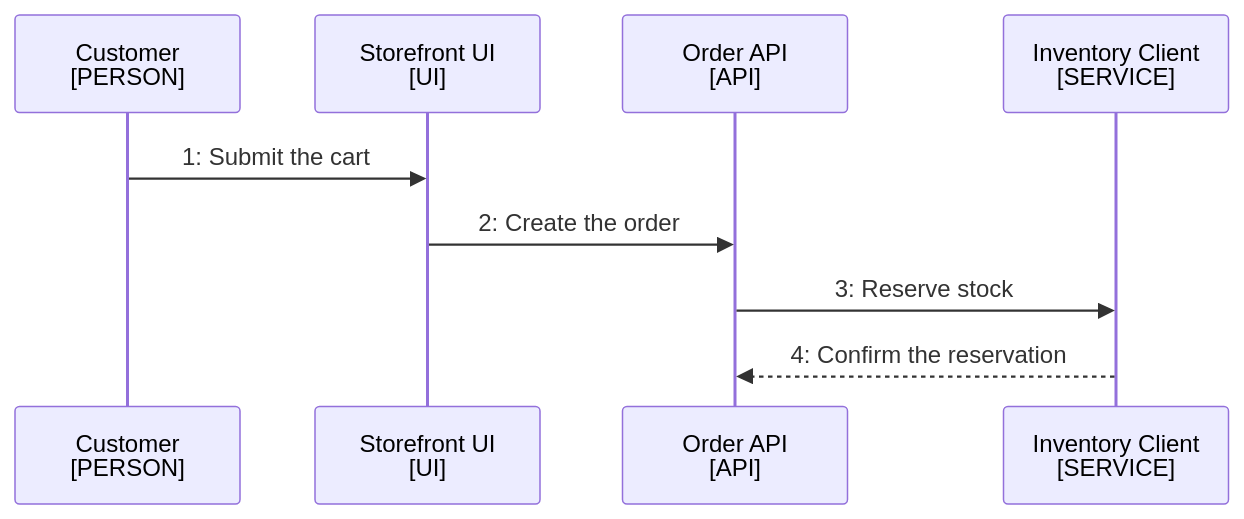
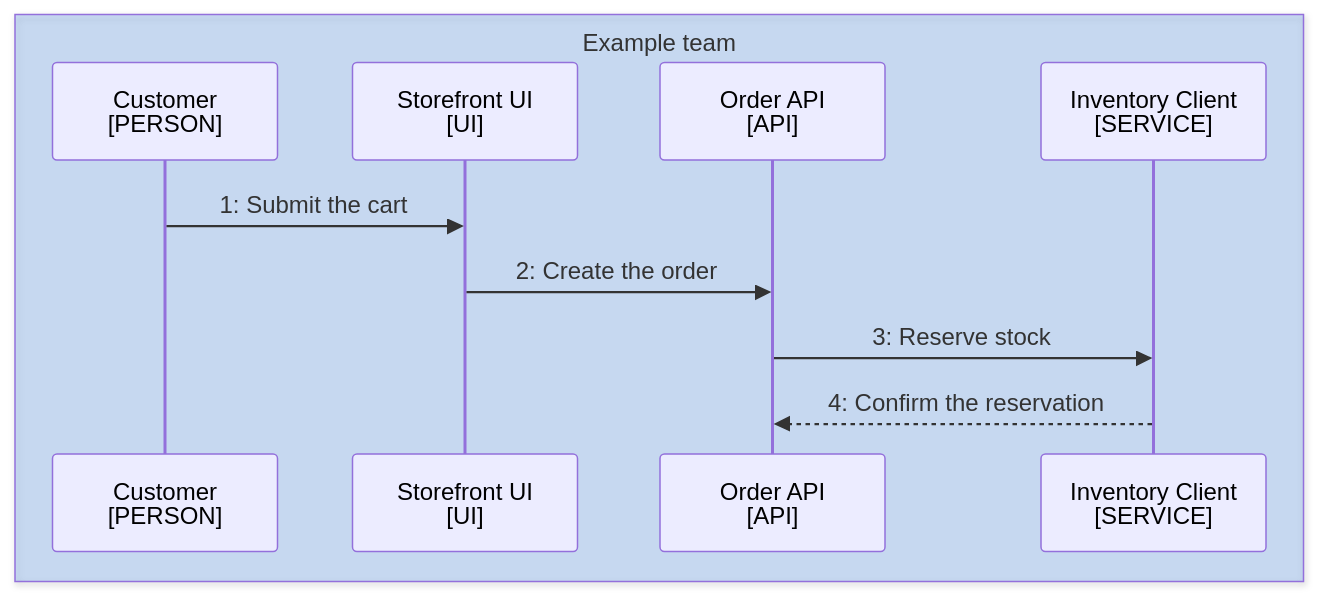
One commit to choonchernlim/skills changed the diagram in skills/docsmith/scripts/fixtures/good/docs/runtime-flows.md. Above: the diagram before and after it, drawn with Mermaid. The commit also changed 47 other files, not shown here.

First line of the commit message:
feat(docsmith): require owner colors, sequence owner bands, and docs domain folders

````diff
--- a/skills/docsmith/scripts/fixtures/good/docs/runtime-flows.md
+++ b/skills/docsmith/scripts/fixtures/good/docs/runtime-flows.md
@@ -14,12 +14,14 @@
 ```mermaid
 sequenceDiagram
-  participant Customer as Customer<br/>[PERSON]
-  participant Browser as Storefront UI<br/>[UI]
-  participant Route as Order API<br/>[API]
-  participant Inventory as Inventory Client<br/>[SERVICE]
+  box rgba(26,115,232,0.2) Example team
+    participant Customer as Customer<br/>[PERSON]
+    participant Browser as Storefront UI<br/>[UI]
+    participant Route as Order API<br/>[API]
+    participant Inventory as Inventory Client<br/>[SERVICE]
+  end
 
   Customer->>Browser: 1: Submit the cart
   Browser->>Route: 2: Create the order
   Route->>Inventory: 3: Reserve stock
   Inventory-->>Route: 4: Confirm the reservation
 ```
````
